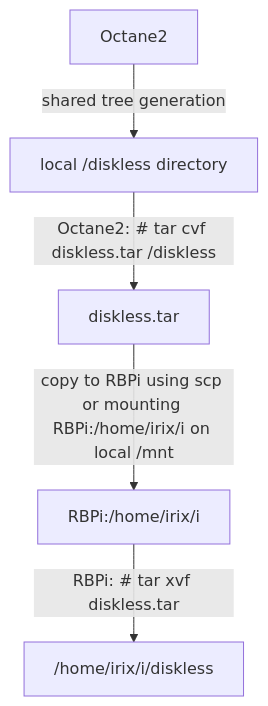
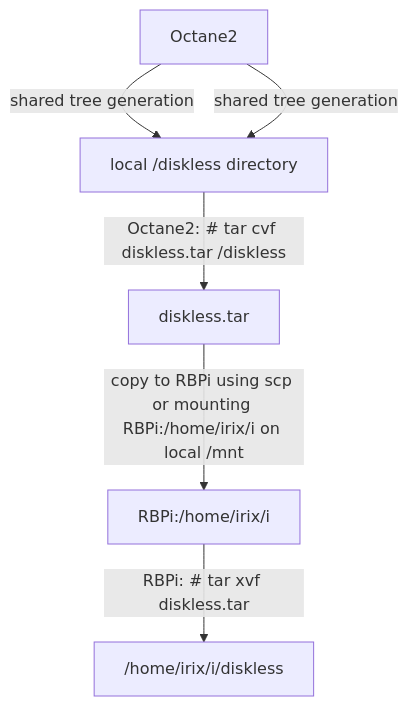
The first of 3 diagrams in README.md (Linux-RISC/IRIX-diskless-workstation), drawn with Mermaid before and after one commit.

````diff
--- a/README.md
+++ b/README.md
@@ -25,5 +25,6 @@
 ```mermaid
 graph TD;
     Octane2--shared tree generation-->B[local /diskless directory]--Octane2: # tar cvf diskless.tar /diskless-->diskless.tar;
     diskless.tar--copy to RBPi using scp or mounting RBPi:/home/irix/i on local /mnt-->RBPi:/home/irix/i--RBPi: # tar xvf diskless.tar-->/home/irix/i/diskless;
+   Octane2--shared tree generation-->B[local /diskless directory];
 ```
````
